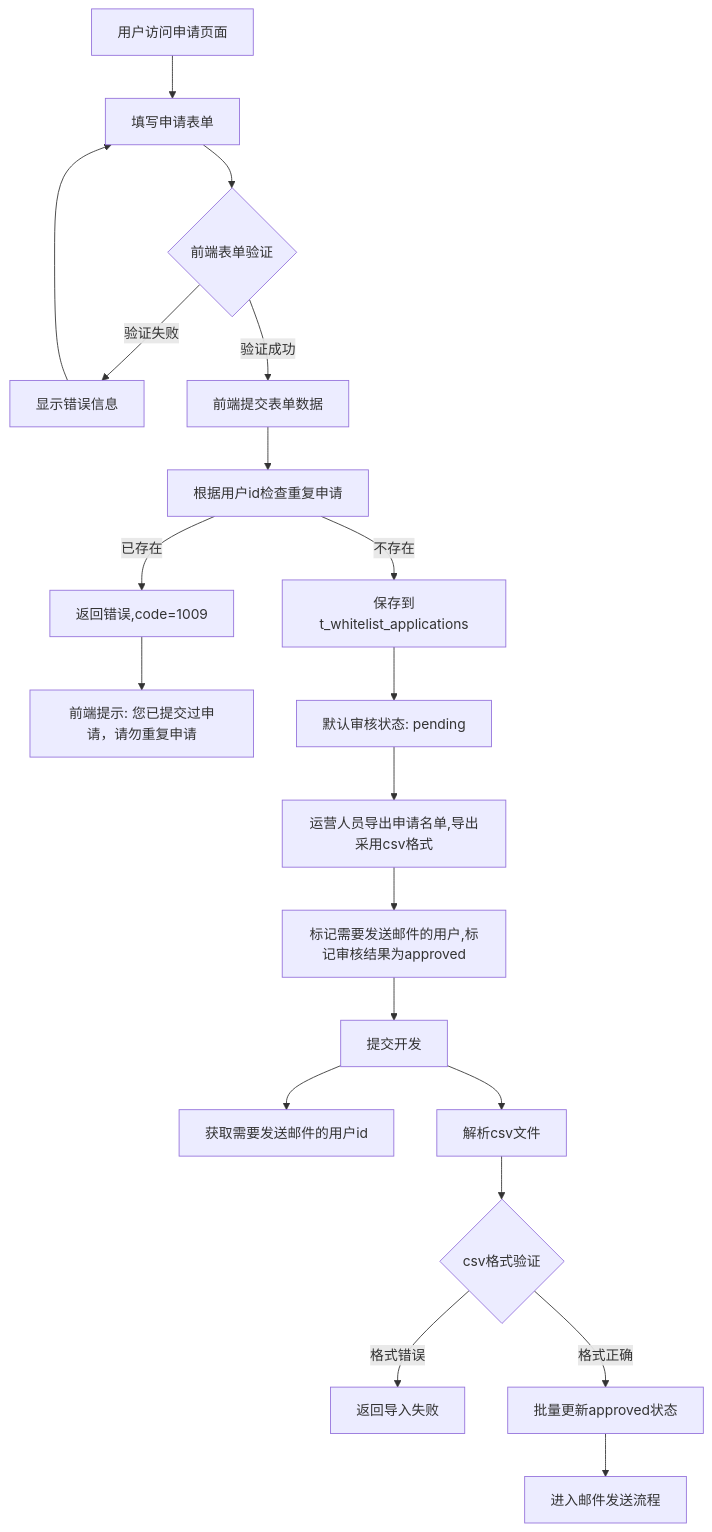
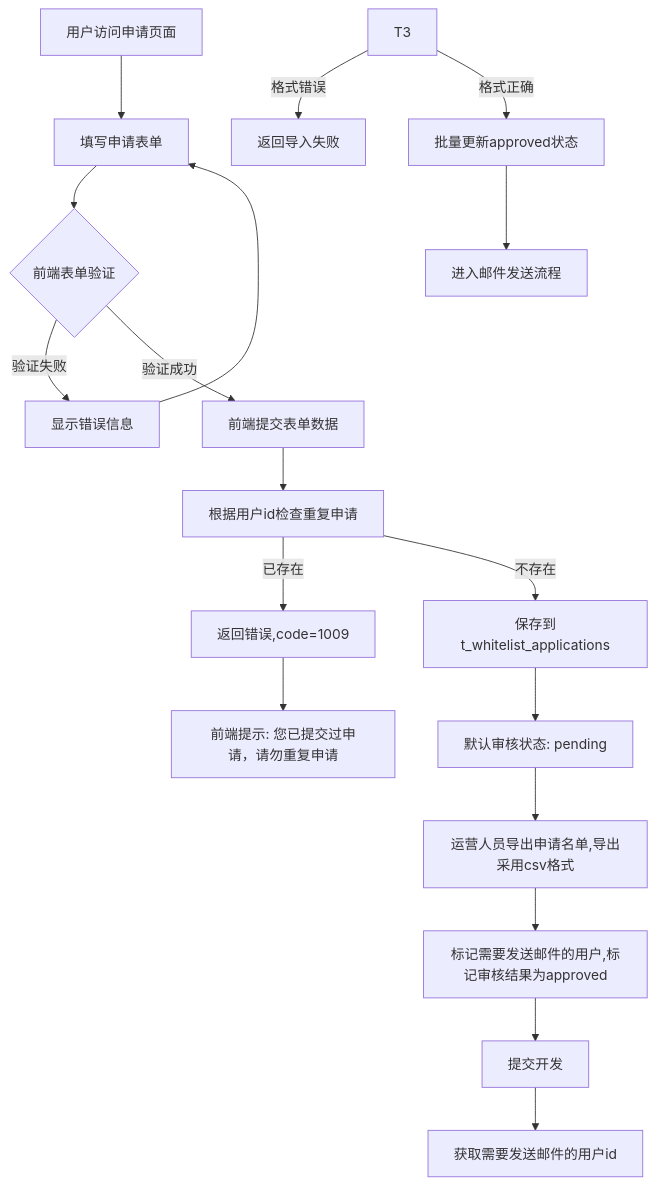
Before and after one commit to yingjianzh/iodraw-files: the diagram in all/未命名-76.md, drawn with Mermaid.

Commit message:
2025-07-08 09:51:58 update

````diff
--- a/all/未命名-76.md
+++ b/all/未命名-76.md
@@ -1,25 +1,24 @@
 ```mermaid
 
 flowchart TD
     A[用户访问申请页面] --> B[填写申请表单]
     B --> C{前端表单验证}
     C -->|验证失败| D[显示错误信息]
     D --> B
     C -->|验证成功| E[前端提交表单数据]
     E --> F[根据用户id检查重复申请]
     F -->|已存在| G[返回错误,code=1009]
     G --> H[前端提示: 您已提交过申请，请勿重复申请]
     F -->|不存在| I[保存到t_whitelist_applications]
     I --> K[默认审核状态: pending]
     
     K --> P[运营人员导出申请名单,导出采用csv格式]
     P --> S[标记需要发送邮件的用户,标记审核结果为approved]
     S --> T[提交开发]
     T --> T1[获取需要发送邮件的用户id]
-    T --> T2[解析csv文件]
-    T2 --> T3{csv格式验证}
+  
     T3 -->|格式错误| T4[返回导入失败]
     T3 -->|格式正确| U[批量更新approved状态]
     U --> V[进入邮件发送流程]
 
 ```
````
